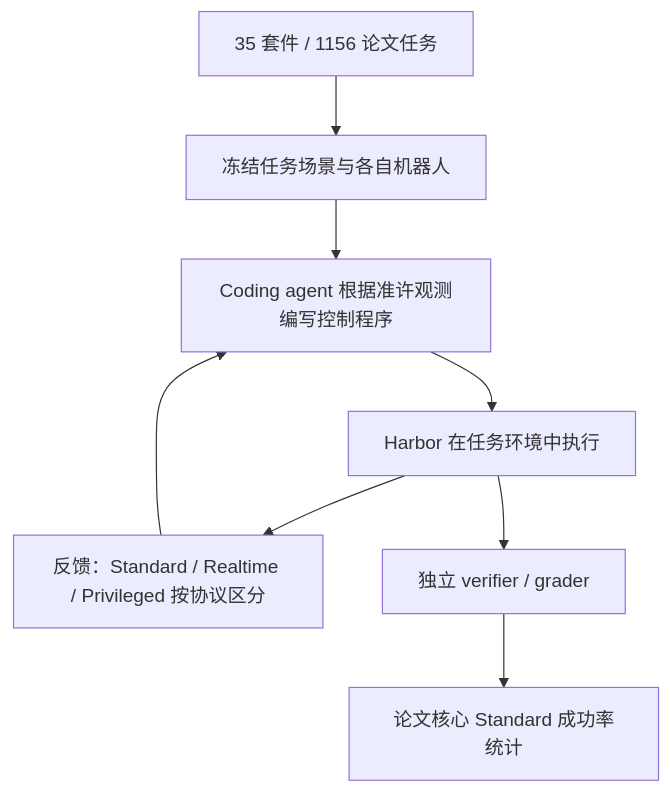
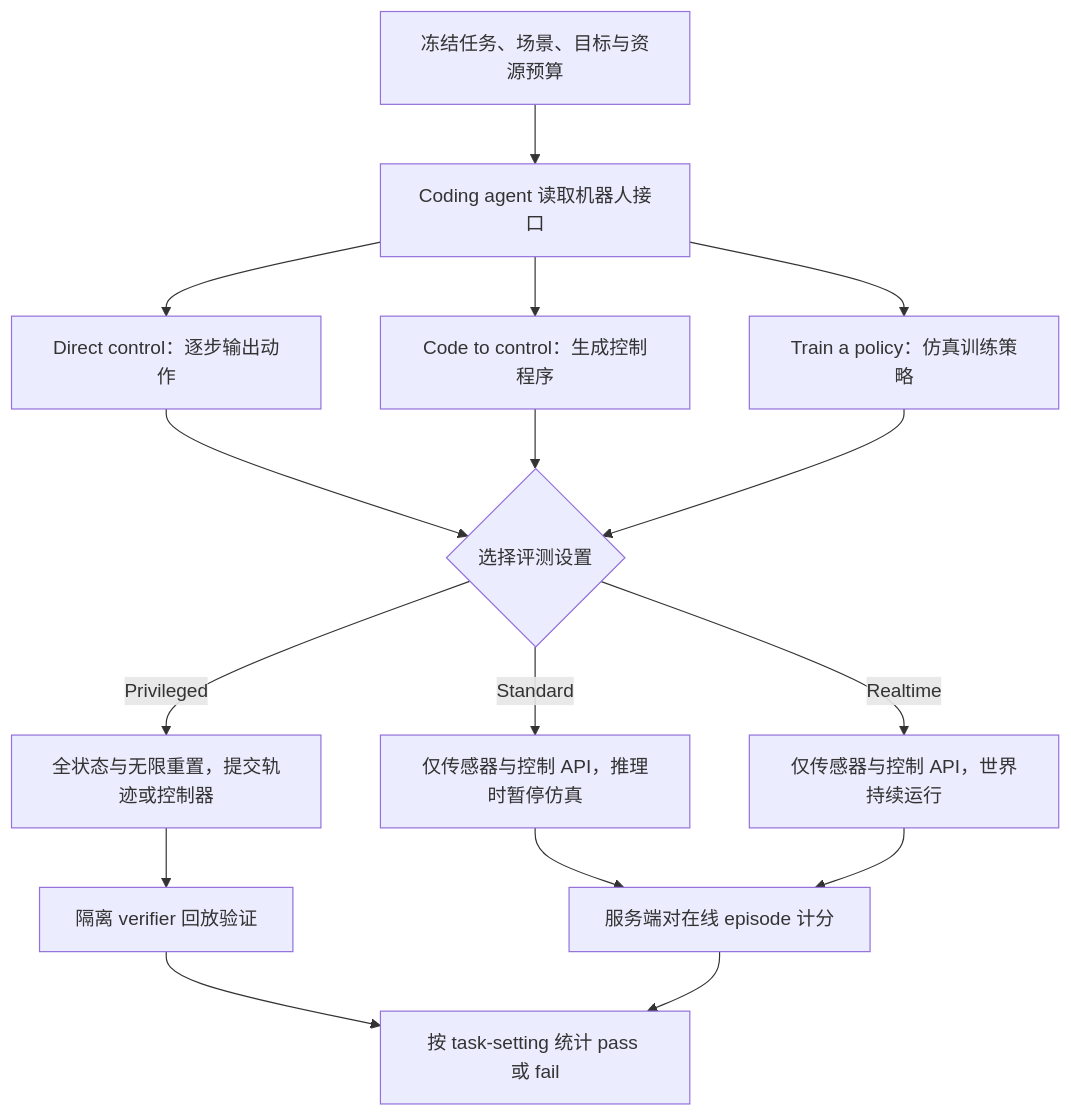
The first of 2 diagrams in wiki/entities/embodied-first-exam.md (ImChong/Robotics_Notebooks), drawn with Mermaid before and after one commit. The commit also changed other lines of this file, not shown here.

````diff
--- a/wiki/entities/embodied-first-exam.md
+++ b/wiki/entities/embodied-first-exam.md
@@ -68,10 +86,18 @@
 ```mermaid
 flowchart TD
-  T["35 套件 / 1156 论文任务"] --> C["冻结任务场景与各自机器人"]
-  C --> A["Coding agent 根据准许观测编写控制程序"]
-  A --> S["Harbor 在任务环境中执行"]
-  S --> O["反馈：Standard / Realtime / Privileged 按协议区分"]
-  O --> A
-  S --> V["独立 verifier / grader"]
-  V --> R["论文核心 Standard 成功率统计"]
+  T["冻结任务、场景、目标与资源预算"] --> A["Coding agent 读取机器人接口"]
+  A --> D["Direct control：逐步输出动作"]
+  A --> C["Code to control：生成控制程序"]
+  A --> P["Train a policy：仿真训练策略"]
+  D --> K{"选择评测设置"}
+  C --> K
+  P --> K
+  K -->|Privileged| Q["全状态与无限重置，提交轨迹或控制器"]
+  Q --> R["隔离 verifier 回放验证"]
+  K -->|Standard| S["仅传感器与控制 API，推理时暂停仿真"]
+  K -->|Realtime| U["仅传感器与控制 API，世界持续运行"]
+  S --> V["服务端对在线 episode 计分"]
+  U --> V
+  R --> G["按 task-setting 统计 pass 或 fail"]
+  V --> G
 ```
````
